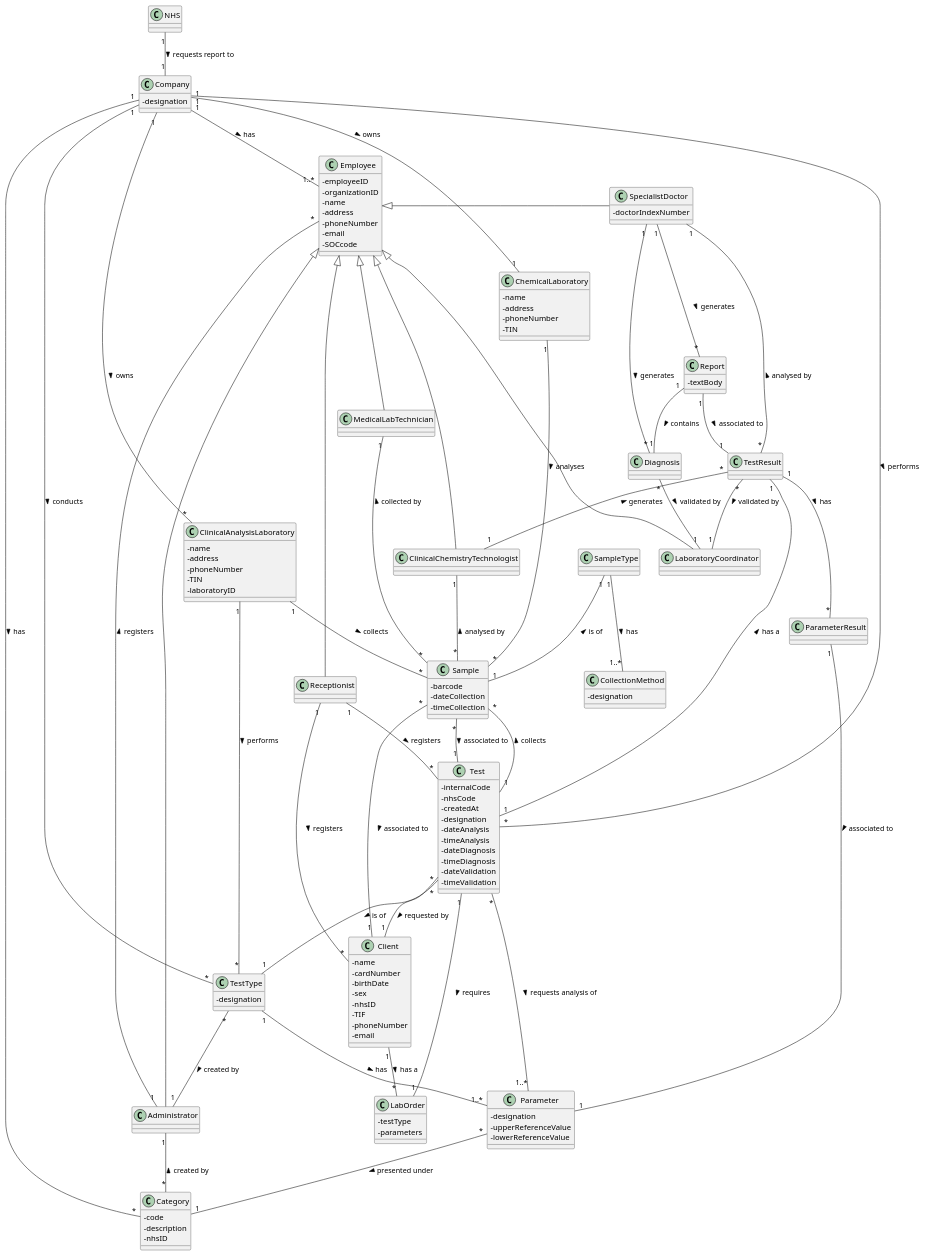
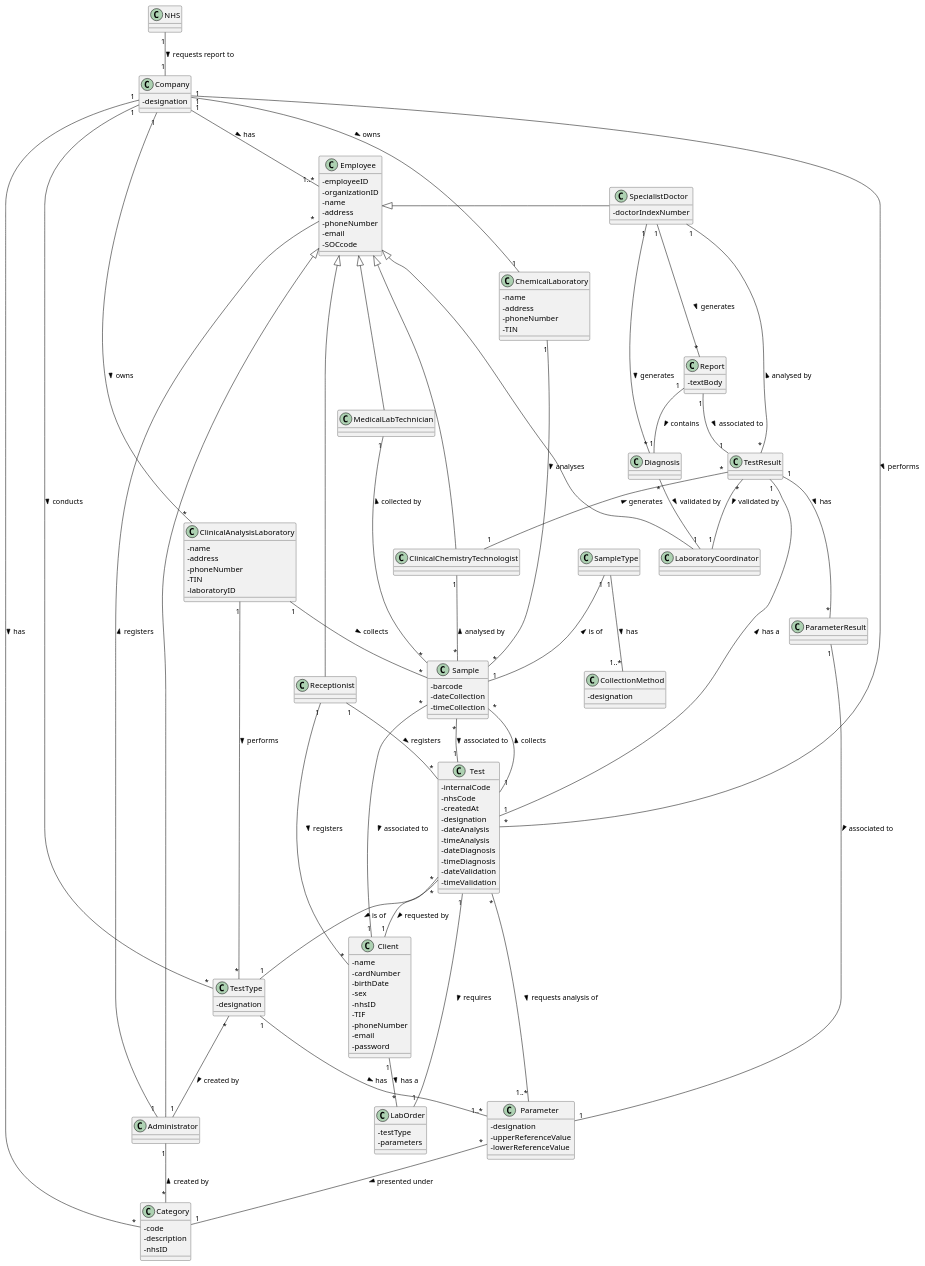
One commit to MadDinosaur/ISEP-LAPR2 changed the diagram in docs/SprintB/DM.puml. Above: the diagram before and after it, drawn with PlantUML. The commit also changed 4 other files, not shown here.

```diff
--- a/docs/SprintB/DM.puml
+++ b/docs/SprintB/DM.puml
@@ -1,139 +1,140 @@
 @startuml
 skinparam classAttributeIconSize 0
 
 class Administrator
 class Category {
 -code
 -description
 -nhsID
 }
 class ChemicalLaboratory {
 -name
 -address
 -phoneNumber
 -TIN
 }
 class CollectionMethod {
 -designation
 }
 class Client {
 -name
 -cardNumber
 -birthDate
 -sex
 -nhsID
 -TIF
 -phoneNumber
 -email
+-password
 }
 class ClinicalAnalysisLaboratory {
 -name
 -address
 -phoneNumber
 -TIN
 -laboratoryID
 }
 class ClinicalChemistryTechnologist
 class Company {
 -designation
 }
 class Diagnosis
 class LabOrder {
 -testType
 -parameters
 }
 class Employee {
 -employeeID
 -organizationID
 -name
 -address
 -phoneNumber
 -email
 -SOCcode
 }
 class LaboratoryCoordinator
 class MedicalLabTechnician
 class NHS
 class Receptionist
 class Test {
 -internalCode
 -nhsCode
 -createdAt
 -designation
 -dateAnalysis
 -timeAnalysis
 -dateDiagnosis
 -timeDiagnosis
 -dateValidation
 -timeValidation
 }
 class Parameter {
 -designation
 -upperReferenceValue
 -lowerReferenceValue
 }
 class ParameterResult
 class Report {
 -textBody
 }
 class TestResult
 class TestType {
 -designation
 }
 class Sample {
 -barcode
 -dateCollection
 -timeCollection
 }
 class SampleType
 class SpecialistDoctor {
 -doctorIndexNumber
 }
 
 Administrator "1"--"*" Category : created by <
 ChemicalLaboratory "1"--"*" Sample : analyses >
 Client "1"--"*" LabOrder : has a >
 ClinicalAnalysisLaboratory "1"--"*" Sample : collects >
 ClinicalAnalysisLaboratory "1"--"*" TestType : performs >
 ClinicalChemistryTechnologist "1"--"*" Sample : analysed by <
 Company "1"-down-"*" TestType : conducts >
 Company "1"-down-"*" Category : has >
 Company "1"-down-"*" ClinicalAnalysisLaboratory : owns >
 Company "1"-down-"1" ChemicalLaboratory : owns >
 Diagnosis "*"--"1" LaboratoryCoordinator : validated by >
 Diagnosis "*"--"1" SpecialistDoctor : generates <
 MedicalLabTechnician "1"--"*" Sample : collected by <
 NHS "1"--"1" Company : requests report to >
 Parameter "*"--"1" Category : presented under >
 ParameterResult "1"--"1" Parameter : associated to >
 Receptionist "1"--"*" Client : registers >
 Receptionist "1"--"*" Test : registers >
 Report "1"--"1" Diagnosis : contains >
 Report "1"--"1" TestResult : associated to >
 Sample "*"--"1" Client : associated to >
 Sample "*"--"1" Test : associated to >
 SampleType "1"--"1" Sample  : is of <
 SpecialistDoctor "1"--"*" Report : generates >
 Test "*"--"1" Client : requested by >
 Test "*"-up-"1" Company : performs <
 Test "*"--"1..*" Parameter : requests analysis of >
 Test "1"--"1" LabOrder : requires >
 Test "*"--"1" "TestType" : is of >
 Test "1"--"1" TestResult : has a >
 Test "1"--"*" Sample : collects >
 TestResult "*"--"1" LaboratoryCoordinator : validated by >
 TestResult "*"--"1" SpecialistDoctor : analysed by >
 TestResult "*"--"1" ClinicalChemistryTechnologist : generates <
 TestResult "1"--"*" ParameterResult : has >
 TestType "*"--"1" Administrator : created by >
 TestType "1"--"1..*" Parameter : has >
 Employee <|-down- Administrator
 Employee <|-down- ClinicalChemistryTechnologist
 Employee <|-down- MedicalLabTechnician
 Employee <|-down- LaboratoryCoordinator
 Employee <|-down- Receptionist
 Employee <|-right- SpecialistDoctor
 Company "1"--"1..*" Employee : has >
 Administrator "1"--"*" Employee : registers >
 SampleType "1"--"1..*" CollectionMethod : has >
 @enduml
```
